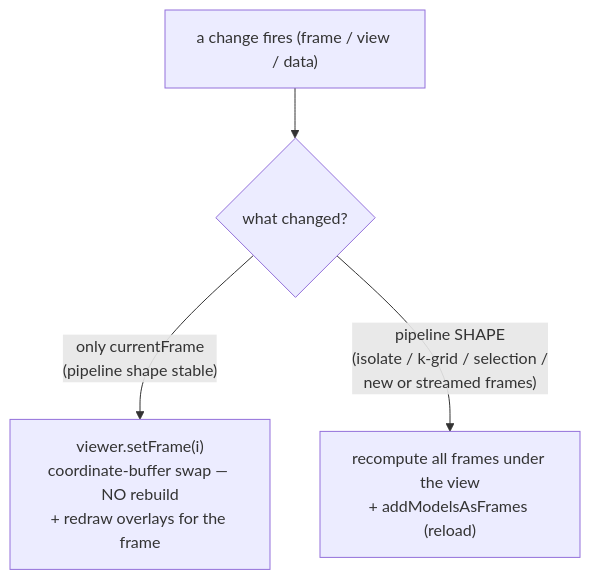
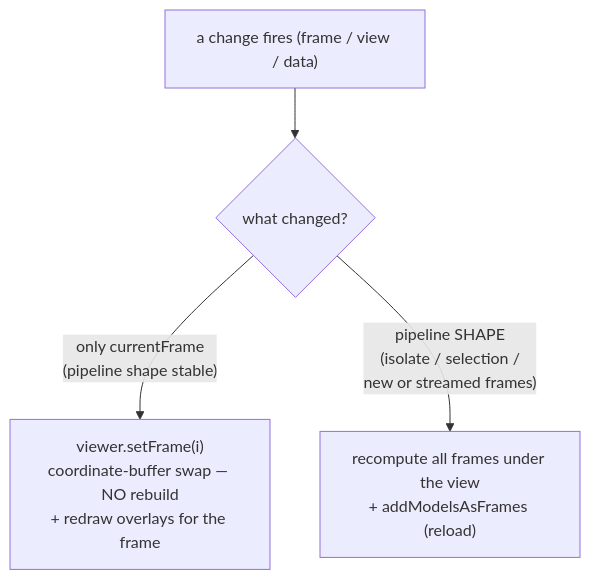
One commit to Qing-LAB/molbuilder changed the seventh of 9 diagrams in docs/protocols/molview-module.md. Above: the diagram before and after it, drawn with Mermaid. The commit also changed other lines of this file and 8 other files, not shown here.

````diff
--- a/docs/protocols/molview-module.md
+++ b/docs/protocols/molview-module.md
@@ -912,6 +821,6 @@
 ```mermaid
 flowchart TD
     CH["a change fires (frame / view / data)"] --> Q{"what changed?"}
     Q -->|"only currentFrame<br/>(pipeline shape stable)"| SF["viewer.setFrame(i)<br/>coordinate-buffer swap — NO rebuild<br/>+ redraw overlays for the frame"]
-    Q -->|"pipeline SHAPE<br/>(isolate / k-grid / selection /<br/>new or streamed frames)"| RL["recompute all frames under the view<br/>+ addModelsAsFrames (reload)"]
+    Q -->|"pipeline SHAPE<br/>(isolate / selection /<br/>new or streamed frames)"| RL["recompute all frames under the view<br/>+ addModelsAsFrames (reload)"]
 ```
````
